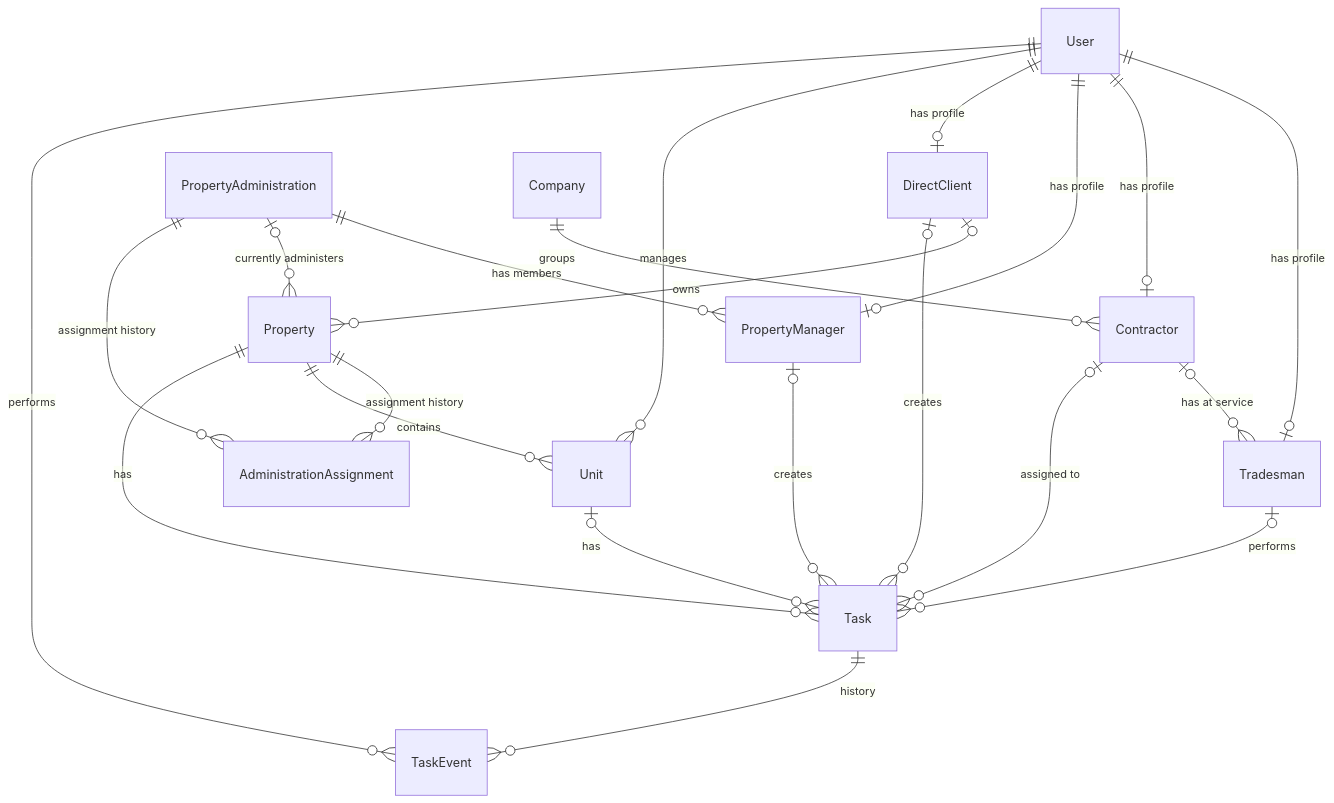
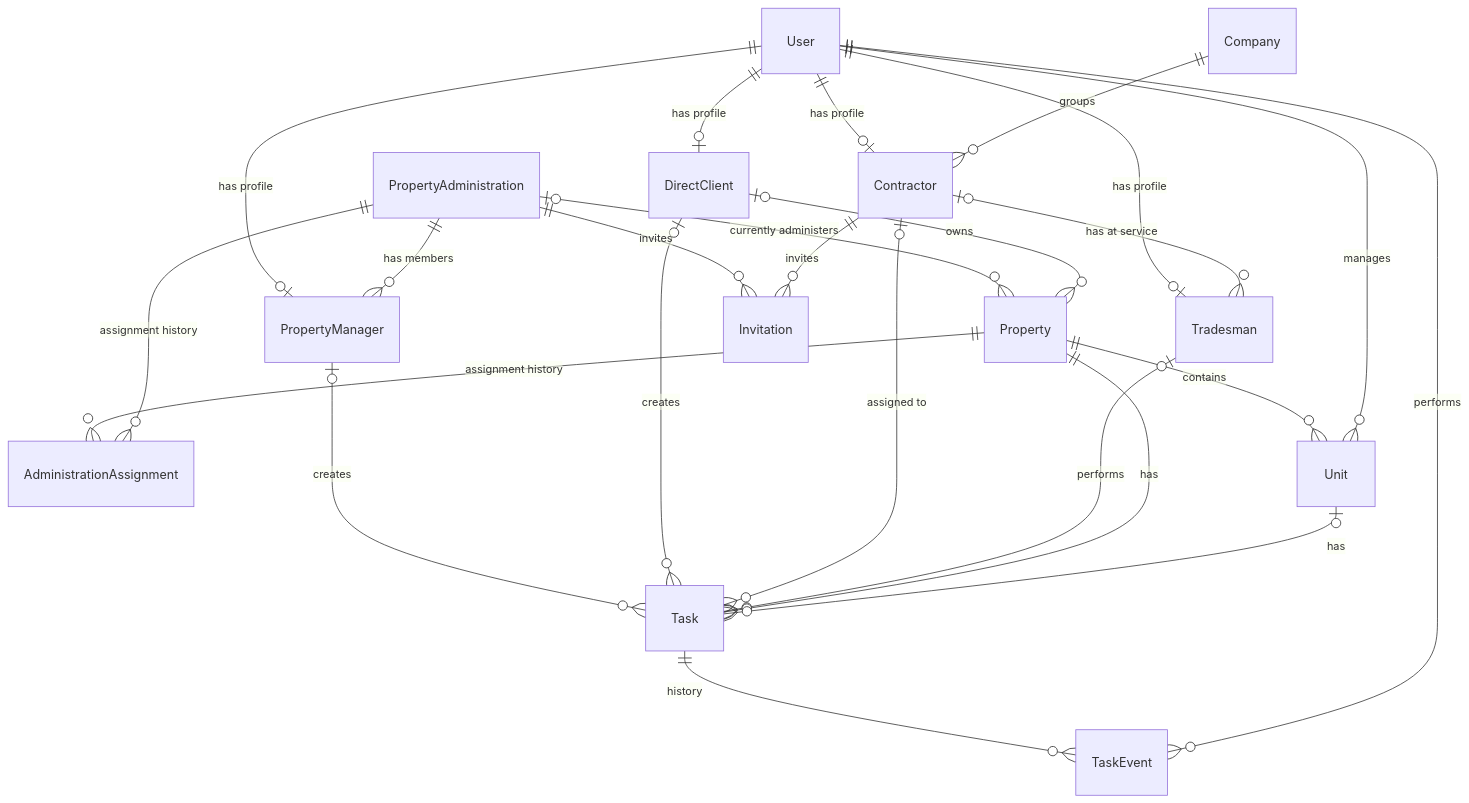
The second of 4 diagrams in docs/system-design.md (nicolasm91/property-maintenance-api), drawn with Mermaid before and after one commit. The commit also changed other lines of this file, not shown here.

````diff
--- a/docs/system-design.md
+++ b/docs/system-design.md
@@ -379,27 +436,29 @@
 ```mermaid
 erDiagram
     User ||--o| Tradesman : "has profile"
     User ||--o| Contractor : "has profile"
     User ||--o| PropertyManager : "has profile"
     User ||--o| DirectClient : "has profile"
 
     PropertyAdministration ||--o{ PropertyManager : "has members"
     Company ||--o{ Contractor : groups
     Contractor |o--o{ Tradesman : "has at service"
 
     PropertyAdministration |o--o{ Property : "currently administers"
     Property ||--o{ AdministrationAssignment : "assignment history"
     PropertyAdministration ||--o{ AdministrationAssignment : "assignment history"
     DirectClient |o--o{ Property : owns
     Property ||--o{ Unit : contains
     User ||--o{ Unit : manages
 
     PropertyManager |o--o{ Task : creates
     DirectClient |o--o{ Task : creates
     Contractor |o--o{ Task : "assigned to"
     Tradesman |o--o{ Task : performs
     Property ||--o{ Task : has
     Unit |o--o{ Task : has
     Task ||--o{ TaskEvent : history
     User ||--o{ TaskEvent : performs
+    PropertyAdministration ||--o{ Invitation : invites
+    Contractor ||--o{ Invitation : invites
 ```
````
